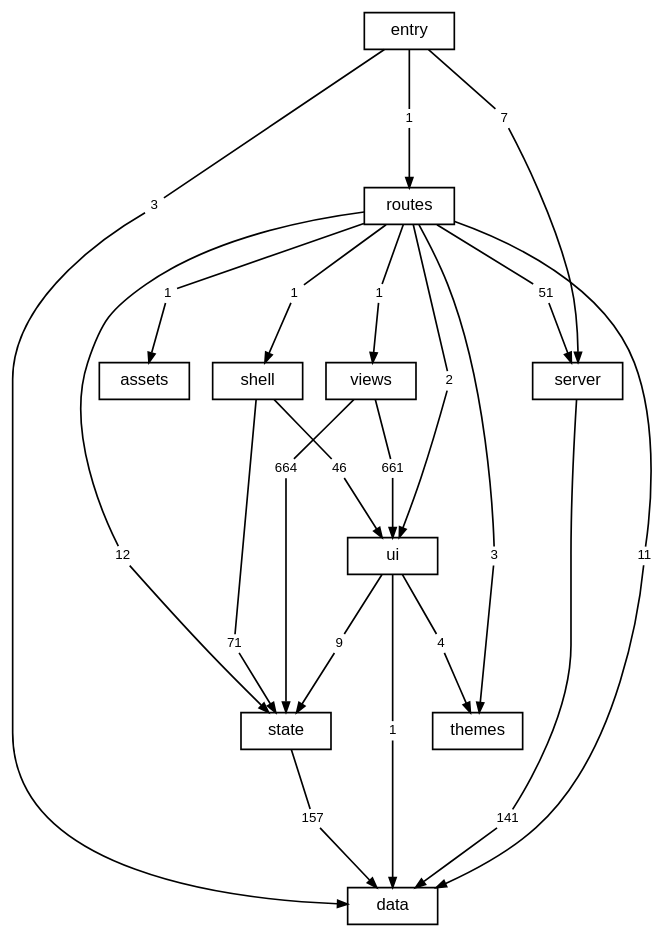
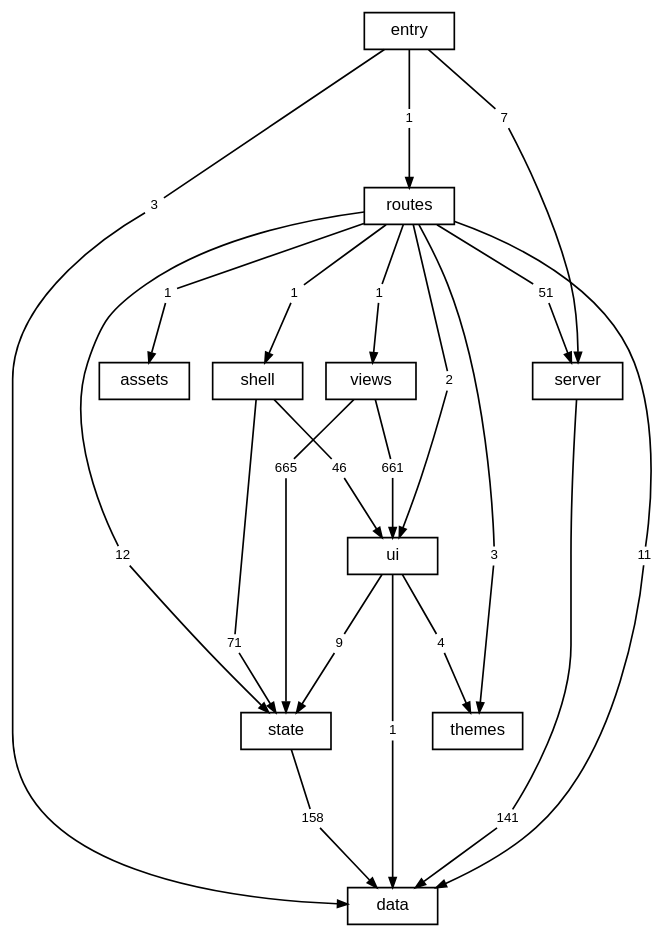
Before and after one commit to TheAxeC/oculus: the diagram in docs/diagrams/layers.dot, drawn with Graphviz. The commit also changed 65 other files, not shown here.

```diff
--- a/docs/diagrams/layers.dot
+++ b/docs/diagrams/layers.dot
@@ -1,75 +1,75 @@
 digraph layers {
     graph [bgcolor="transparent", rankdir=TB, newrank=true, fontname="Helvetica,Arial,sans-serif", fontsize=12, nodesep=0.2, ranksep=0.5];
     node [shape=box, color="black", fontcolor="black", fontname="Helvetica,Arial,sans-serif", fontsize=10, height=0.3, margin="0.12,0.04"];
     edge [color="black", fontcolor="black", fontname="Helvetica,Arial,sans-serif", fontsize=8, arrowsize=0.6];
     "data";
     "server";
     "state";
     "ui";
     "shell";
     "views";
     "themes";
     "routes";
     "src" [label="entry"];
     "files: assets" [label="assets"];
     "routes to data" [label="11", shape=box, color="transparent", fontsize=8, width=0, height=0, margin="0.04,0.02"];
     "routes" -> "routes to data" [arrowhead=none];
     "routes to data" -> "data" [];
     "routes to files: assets" [label="1", shape=box, color="transparent", fontsize=8, width=0, height=0, margin="0.04,0.02"];
     "routes" -> "routes to files: assets" [arrowhead=none];
     "routes to files: assets" -> "files: assets" [];
     "routes to server" [label="51", shape=box, color="transparent", fontsize=8, width=0, height=0, margin="0.04,0.02"];
     "routes" -> "routes to server" [arrowhead=none];
     "routes to server" -> "server" [];
     "routes to shell" [label="1", shape=box, color="transparent", fontsize=8, width=0, height=0, margin="0.04,0.02"];
     "routes" -> "routes to shell" [arrowhead=none];
     "routes to shell" -> "shell" [];
     "routes to state" [label="12", shape=box, color="transparent", fontsize=8, width=0, height=0, margin="0.04,0.02"];
     "routes" -> "routes to state" [arrowhead=none];
     "routes to state" -> "state" [];
     "routes to themes" [label="3", shape=box, color="transparent", fontsize=8, width=0, height=0, margin="0.04,0.02"];
     "routes" -> "routes to themes" [arrowhead=none];
     "routes to themes" -> "themes" [];
     "routes to ui" [label="2", shape=box, color="transparent", fontsize=8, width=0, height=0, margin="0.04,0.02"];
     "routes" -> "routes to ui" [arrowhead=none];
     "routes to ui" -> "ui" [];
     "routes to views" [label="1", shape=box, color="transparent", fontsize=8, width=0, height=0, margin="0.04,0.02"];
     "routes" -> "routes to views" [arrowhead=none];
     "routes to views" -> "views" [];
     "server to data" [label="141", shape=box, color="transparent", fontsize=8, width=0, height=0, margin="0.04,0.02"];
     "server" -> "server to data" [arrowhead=none];
     "server to data" -> "data" [];
     "shell to state" [label="71", shape=box, color="transparent", fontsize=8, width=0, height=0, margin="0.04,0.02"];
     "shell" -> "shell to state" [arrowhead=none];
     "shell to state" -> "state" [];
     "shell to ui" [label="46", shape=box, color="transparent", fontsize=8, width=0, height=0, margin="0.04,0.02"];
     "shell" -> "shell to ui" [arrowhead=none];
     "shell to ui" -> "ui" [];
     "src to data" [label="3", shape=box, color="transparent", fontsize=8, width=0, height=0, margin="0.04,0.02"];
     "src" -> "src to data" [arrowhead=none];
     "src to data" -> "data" [];
     "src to routes" [label="1", shape=box, color="transparent", fontsize=8, width=0, height=0, margin="0.04,0.02"];
     "src" -> "src to routes" [arrowhead=none];
     "src to routes" -> "routes" [];
     "src to server" [label="7", shape=box, color="transparent", fontsize=8, width=0, height=0, margin="0.04,0.02"];
     "src" -> "src to server" [arrowhead=none];
     "src to server" -> "server" [];
-    "state to data" [label="157", shape=box, color="transparent", fontsize=8, width=0, height=0, margin="0.04,0.02"];
+    "state to data" [label="158", shape=box, color="transparent", fontsize=8, width=0, height=0, margin="0.04,0.02"];
     "state" -> "state to data" [arrowhead=none];
     "state to data" -> "data" [];
     "ui to data" [label="1", shape=box, color="transparent", fontsize=8, width=0, height=0, margin="0.04,0.02"];
     "ui" -> "ui to data" [arrowhead=none];
     "ui to data" -> "data" [];
     "ui to state" [label="9", shape=box, color="transparent", fontsize=8, width=0, height=0, margin="0.04,0.02"];
     "ui" -> "ui to state" [arrowhead=none];
     "ui to state" -> "state" [];
     "ui to themes" [label="4", shape=box, color="transparent", fontsize=8, width=0, height=0, margin="0.04,0.02"];
     "ui" -> "ui to themes" [arrowhead=none];
     "ui to themes" -> "themes" [];
-    "views to state" [label="664", shape=box, color="transparent", fontsize=8, width=0, height=0, margin="0.04,0.02"];
+    "views to state" [label="665", shape=box, color="transparent", fontsize=8, width=0, height=0, margin="0.04,0.02"];
     "views" -> "views to state" [arrowhead=none];
     "views to state" -> "state" [];
     "views to ui" [label="661", shape=box, color="transparent", fontsize=8, width=0, height=0, margin="0.04,0.02"];
     "views" -> "views to ui" [arrowhead=none];
     "views to ui" -> "ui" [];
 }
```
